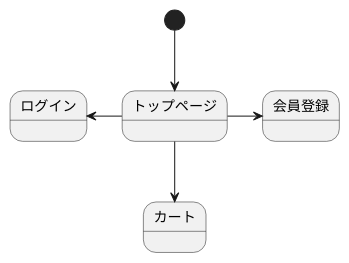
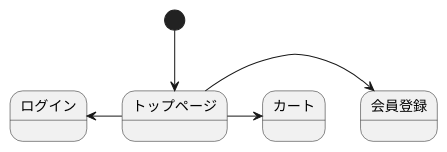
Before and after one commit to Aso2001388/2021sys-design: the diagram in stm01.md, drawn with PlantUML.

````diff
--- a/stm01.md
+++ b/stm01.md
@@ -1,9 +1,9 @@
 ```uml
 @startuml
 [*]-->トップページ
 トップページ->会員登録
 トップページ-left->ログイン
-トップページ-->カート
+トップページ->カート
 
 @enduml
 ```
````
